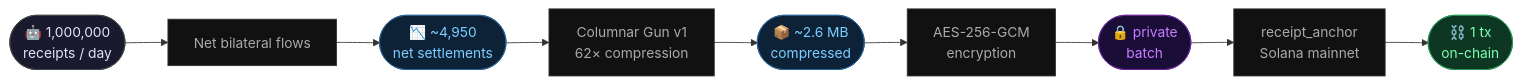
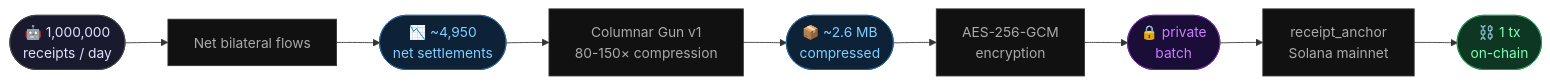
The diagram in README.md (Parad0x-Labs/liquefy), drawn with Mermaid before and after one commit. The commit also changed other lines of this file, not shown here.

First line of the commit message:
docs: update x402 compression ratio 62x → 80-150x (matches TS port reality)

````diff
--- a/README.md
+++ b/README.md
@@ -16,21 +16,21 @@
 ```mermaid
 flowchart LR
     A([🤖 1,000,000\nreceipts / day]) --> B[Net bilateral flows]
     B --> C([📉 ~4,950\nnet settlements])
-    C --> D[Columnar Gun v1\n62× compression]
+    C --> D[Columnar Gun v1\n80-150× compression]
     D --> E([📦 ~2.6 MB\ncompressed])
     E --> F[AES-256-GCM\nencryption]
     F --> G([🔒 private\nbatch])
     G --> H[receipt_anchor\nSolana mainnet]
     H --> I([⛓️ 1 tx\non-chain])
 
     style A fill:#1a1a2e,color:#e0e0ff,stroke:#444
     style C fill:#0d2137,color:#7ecfff,stroke:#2a6496
     style E fill:#0d2137,color:#7ecfff,stroke:#2a6496
     style G fill:#1a0d37,color:#c87eff,stroke:#6a2a96
     style I fill:#0d3722,color:#7effb2,stroke:#2a9657
     style B fill:#111,color:#aaa,stroke:#333
     style D fill:#111,color:#aaa,stroke:#333
     style F fill:#111,color:#aaa,stroke:#333
     style H fill:#111,color:#aaa,stroke:#333
 ```
````
